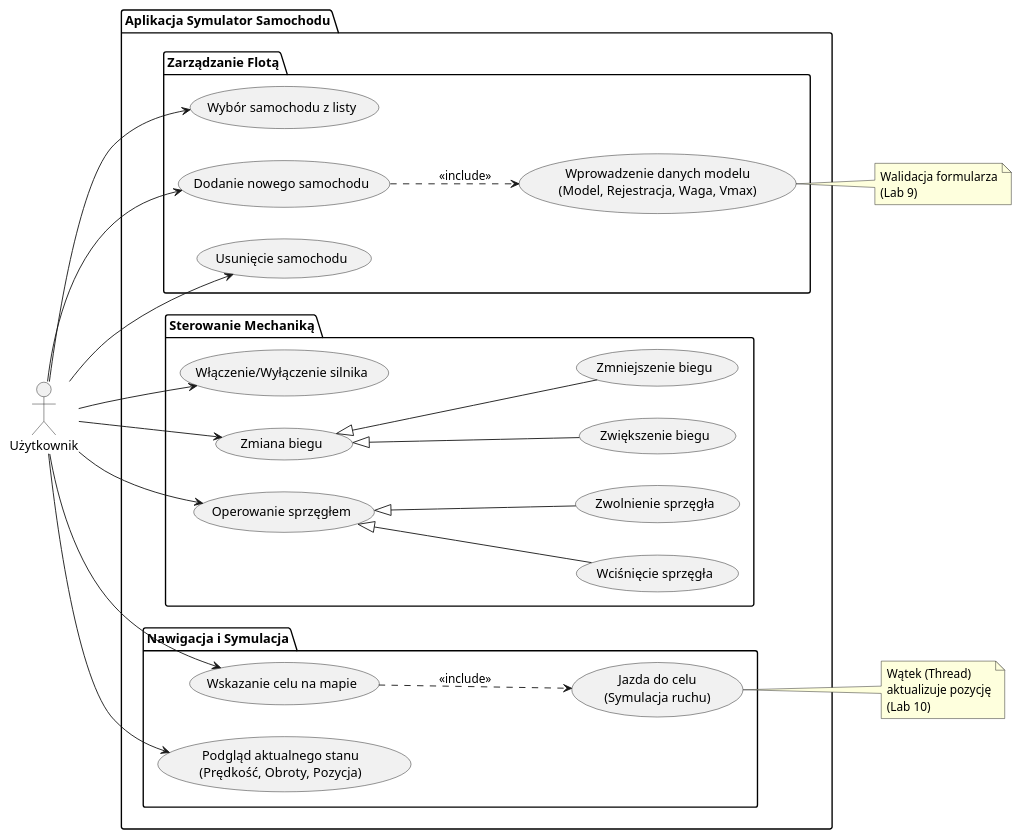
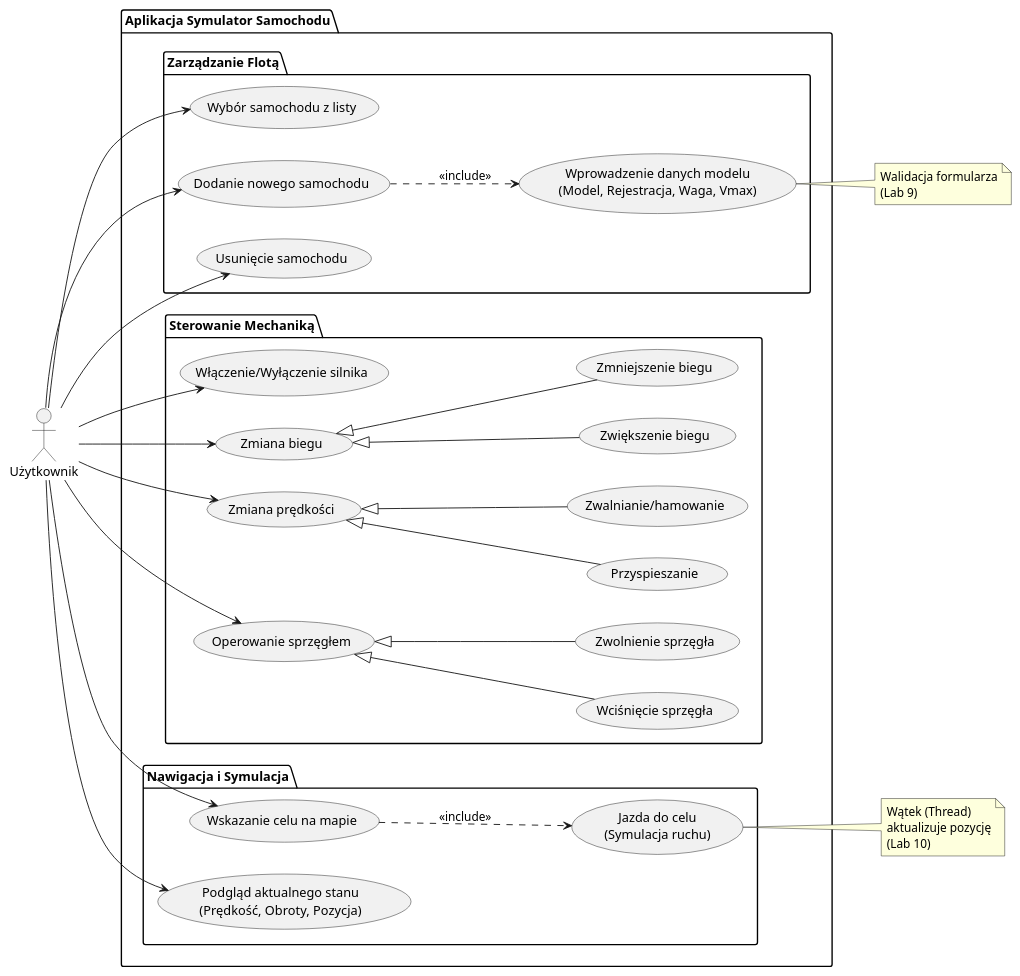
Before and after one commit to wowerro67/po2025: the first of 5 diagrams in README.md, drawn with PlantUML.

Commit message:
Add speed-related use cases to README

````diff
--- a/README.md
+++ b/README.md
@@ -14,58 +14,65 @@
 ```plantuml
 @startuml
 
 left to right direction
 actor "Użytkownik" as User
 
 package "Aplikacja Symulator Samochodu" {
 
     package "Zarządzanie Flotą" {
         usecase "Wybór samochodu z listy" as UC_Select
         usecase "Dodanie nowego samochodu" as UC_Add
         usecase "Usunięcie samochodu" as UC_Remove
         usecase "Wprowadzenie danych modelu\n(Model, Rejestracja, Waga, Vmax)" as UC_InputData
     }
 
     package "Sterowanie Mechaniką" {
         usecase "Włączenie/Wyłączenie silnika" as UC_Engine
         usecase "Zmiana biegu" as UC_Gear
         usecase "Zwiększenie biegu" as UC_GearUp
         usecase "Zmniejszenie biegu" as UC_GearDown
+        usecase "Zmiana prędkości" as UC_Speed
+        usecase "Przyspieszanie" as UC_SpeedUp
+        usecase "Zwalnianie/hamowanie" as UC_SpeedDown
         usecase "Operowanie sprzęgłem" as UC_Clutch
         usecase "Wciśnięcie sprzęgła" as UC_ClutchPress
         usecase "Zwolnienie sprzęgła" as UC_ClutchRelease
     }
 
     package "Nawigacja i Symulacja" {
         usecase "Wskazanie celu na mapie" as UC_SetTarget
         usecase "Jazda do celu\n(Symulacja ruchu)" as UC_Drive
         usecase "Podgląd aktualnego stanu\n(Prędkość, Obroty, Pozycja)" as UC_View
     }
 }
 
 ' Relacje aktora z przypadkami użycia
 User --> UC_Select
 User --> UC_Add
 User --> UC_Remove
 User --> UC_Engine
 User --> UC_Gear
+User --> UC_Speed
 User --> UC_Clutch
 User --> UC_SetTarget
 User --> UC_View
 
 ' Relacje między przypadkami użycia (Include/Extend/Generalization)
 UC_Add ..> UC_InputData : <<include>>
 note right of UC_InputData : Walidacja formularza\n(Lab 9)
 
 UC_Gear <|-- UC_GearUp
 UC_Gear <|-- UC_GearDown
 
+UC_Speed <|-- UC_SpeedUp
+UC_Speed <|-- UC_SpeedDown
+
 UC_Clutch <|-- UC_ClutchPress
 UC_Clutch <|-- UC_ClutchRelease
 
 ' Kliknięcie na mapie uruchamia logikę jazdy (wątek)
 UC_SetTarget ..> UC_Drive : <<include>>
 note right of UC_Drive : Wątek (Thread)\naktualizuje pozycję\n(Lab 10)
 
 @enduml
 ```
````
